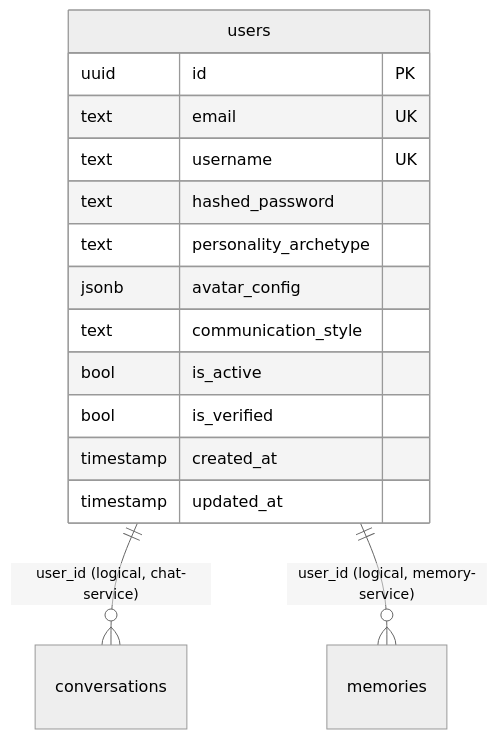
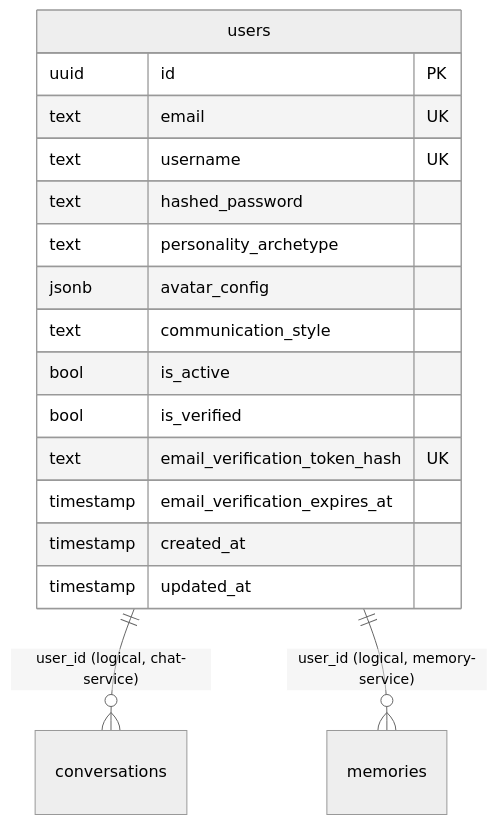
The second of 4 diagrams in services/auth-service/README.md (master-node1/the-aura-mind), drawn with Mermaid (neutral theme) before and after one commit. The commit also changed other lines of this file and 37 other files, not shown here.

````diff
--- a/services/auth-service/README.md
+++ b/services/auth-service/README.md
@@ -181,18 +190,20 @@
 ```mermaid
 erDiagram
     users {
         uuid id PK
         text email UK
         text username UK
         text hashed_password
         text personality_archetype
         jsonb avatar_config
         text communication_style
         bool is_active
         bool is_verified
+        text email_verification_token_hash UK
+        timestamp email_verification_expires_at
         timestamp created_at
         timestamp updated_at
     }
     users ||--o{ conversations : "user_id (logical, chat-service)"
     users ||--o{ memories : "user_id (logical, memory-service)"
 ```
````
